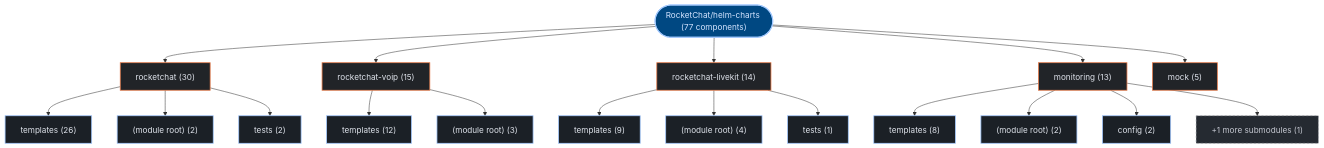
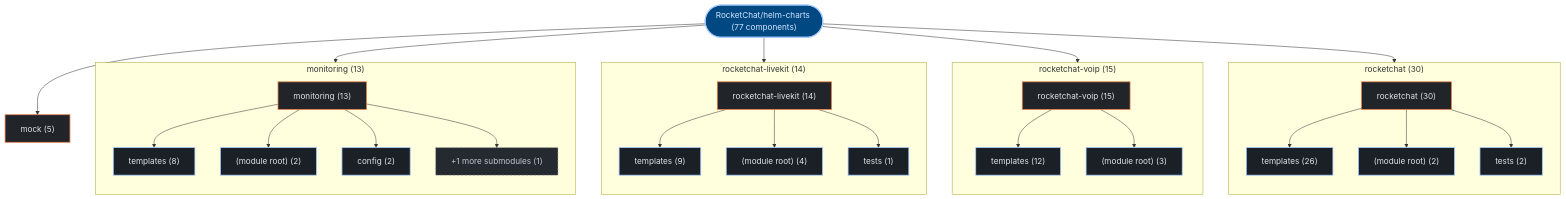
Before and after one commit to kumarshaz/atruss-code-atlas: the first of 3 diagrams in exports/latest/reports/RocketChat-helm-charts-report.md, drawn with Mermaid. The commit also changed 178 other files, not shown here.

Commit message:
feat(ui,mermaid): upgrade to mermaid v12 + ELK layout, add orgs-summary + pagination, subgraph building blocks, fix tab alignment

````diff
--- a/exports/latest/reports/RocketChat-helm-charts-report.md
+++ b/exports/latest/reports/RocketChat-helm-charts-report.md
@@ -42,45 +42,57 @@
 ```mermaid
 graph TD;
   classDef atlasRoot fill:#004882,stroke:#a3c9ff,stroke-width:2px,color:#d3e4ff
   classDef atlasCategory fill:#212428,stroke:#E87A48,stroke-width:1.5px,color:#dfe3eb
   classDef atlasWorkflow fill:#1b2026,stroke:#a3c9ff,stroke-width:1.5px,color:#dfe3eb
   classDef atlasJob fill:#171c22,stroke:#8d9199,stroke-width:1px,color:#dfe3eb
   classDef atlasTarget fill:#005227,stroke:#8bd99b,stroke-width:1.5px,color:#a7f6b6
   classDef atlasAlert fill:#93000a,stroke:#ffb4ab,stroke-width:1.5px,color:#ffdad6
   classDef atlasMore fill:#252a31,stroke:#8d9199,stroke-dasharray:4 4,color:#c3c6cf
     repo_root(["RocketChat/helm-charts (77 components)"]):::atlasRoot
-    dir_0_rocketchat["rocketchat (30)"]:::atlasCategory
+    subgraph sg_dir_0_rocketchat["rocketchat (30)"]
+      direction TB
+      dir_0_rocketchat["rocketchat (30)"]:::atlasCategory
+      sub_0_0_templates["templates (26)"]:::atlasWorkflow
+      dir_0_rocketchat --> sub_0_0_templates
+      sub_0_1__module_root_["(module root) (2)"]:::atlasWorkflow
+      dir_0_rocketchat --> sub_0_1__module_root_
+      sub_0_2_tests["tests (2)"]:::atlasWorkflow
+      dir_0_rocketchat --> sub_0_2_tests
+    end
     repo_root --> dir_0_rocketchat
-    sub_0_0_templates["templates (26)"]:::atlasWorkflow
-    dir_0_rocketchat --> sub_0_0_templates
-    sub_0_1__module_root_["(module root) (2)"]:::atlasWorkflow
-    dir_0_rocketchat --> sub_0_1__module_root_
-    sub_0_2_tests["tests (2)"]:::atlasWorkflow
-    dir_0_rocketchat --> sub_0_2_tests
-    dir_1_rocketchat_voip["rocketchat-voip (15)"]:::atlasCategory
+    subgraph sg_dir_1_rocketchat_voip["rocketchat-voip (15)"]
+      direction TB
+      dir_1_rocketchat_voip["rocketchat-voip (15)"]:::atlasCategory
+      sub_1_0_templates["templates (12)"]:::atlasWorkflow
+      dir_1_rocketchat_voip --> sub_1_0_templates
+      sub_1_1__module_root_["(module root) (3)"]:::atlasWorkflow
+      dir_1_rocketchat_voip --> sub_1_1__module_root_
+    end
     repo_root --> dir_1_rocketchat_voip
-    sub_1_0_templates["templates (12)"]:::atlasWorkflow
-    dir_1_rocketchat_voip --> sub_1_0_templates
-    sub_1_1__module_root_["(module root) (3)"]:::atlasWorkflow
-    dir_1_rocketchat_voip --> sub_1_1__module_root_
-    dir_2_rocketchat_livekit["rocketchat-livekit (14)"]:::atlasCategory
+    subgraph sg_dir_2_rocketchat_livekit["rocketchat-livekit (14)"]
+      direction TB
+      dir_2_rocketchat_livekit["rocketchat-livekit (14)"]:::atlasCategory
+      sub_2_0_templates["templates (9)"]:::atlasWorkflow
+      dir_2_rocketchat_livekit --> sub_2_0_templates
+      sub_2_1__module_root_["(module root) (4)"]:::atlasWorkflow
+      dir_2_rocketchat_livekit --> sub_2_1__module_root_
+      sub_2_2_tests["tests (1)"]:::atlasWorkflow
+      dir_2_rocketchat_livekit --> sub_2_2_tests
+    end
     repo_root --> dir_2_rocketchat_livekit
-    sub_2_0_templates["templates (9)"]:::atlasWorkflow
-    dir_2_rocketchat_livekit --> sub_2_0_templates
-    sub_2_1__module_root_["(module root) (4)"]:::atlasWorkflow
-    dir_2_rocketchat_livekit --> sub_2_1__module_root_
-    sub_2_2_tests["tests (1)"]:::atlasWorkflow
-    dir_2_rocketchat_livekit --> sub_2_2_tests
-    dir_3_monitoring["monitoring (13)"]:::atlasCategory
+    subgraph sg_dir_3_monitoring["monitoring (13)"]
+      direction TB
+      dir_3_monitoring["monitoring (13)"]:::atlasCategory
+      sub_3_0_templates["templates (8)"]:::atlasWorkflow
+      dir_3_monitoring --> sub_3_0_templates
+      sub_3_1__module_root_["(module root) (2)"]:::atlasWorkflow
+      dir_3_monitoring --> sub_3_1__module_root_
+      sub_3_2_config["config (2)"]:::atlasWorkflow
+      dir_3_monitoring --> sub_3_2_config
+      sub_3_more["+1 more submodules (1)"]:::atlasMore
+      dir_3_monitoring --> sub_3_more
+    end
     repo_root --> dir_3_monitoring
-    sub_3_0_templates["templates (8)"]:::atlasWorkflow
-    dir_3_monitoring --> sub_3_0_templates
-    sub_3_1__module_root_["(module root) (2)"]:::atlasWorkflow
-    dir_3_monitoring --> sub_3_1__module_root_
-    sub_3_2_config["config (2)"]:::atlasWorkflow
-    dir_3_monitoring --> sub_3_2_config
-    sub_3_more["+1 more submodules (1)"]:::atlasMore
-    dir_3_monitoring --> sub_3_more
     dir_4_mock["mock (5)"]:::atlasCategory
     repo_root --> dir_4_mock
 ```
````
